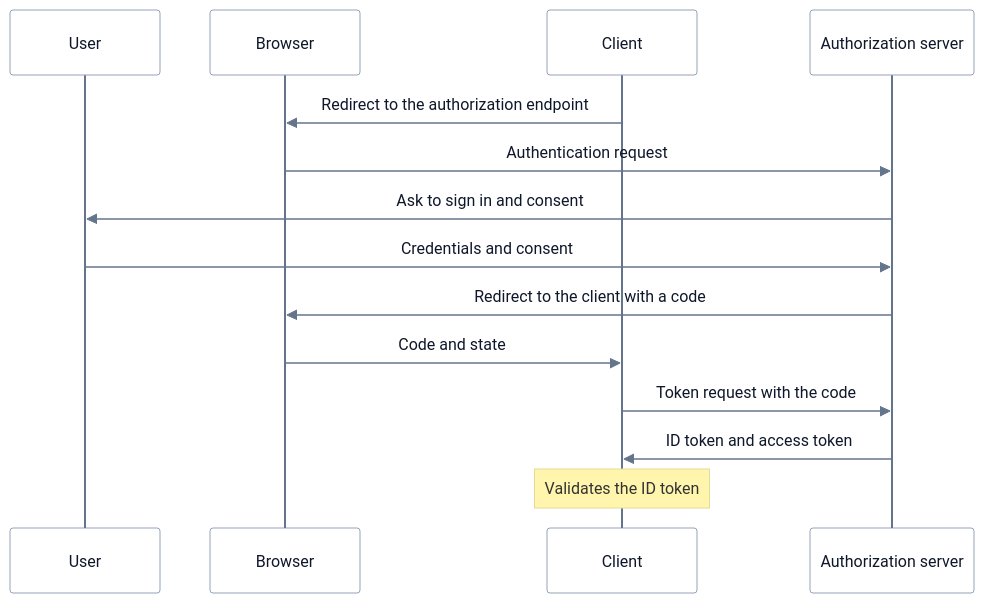
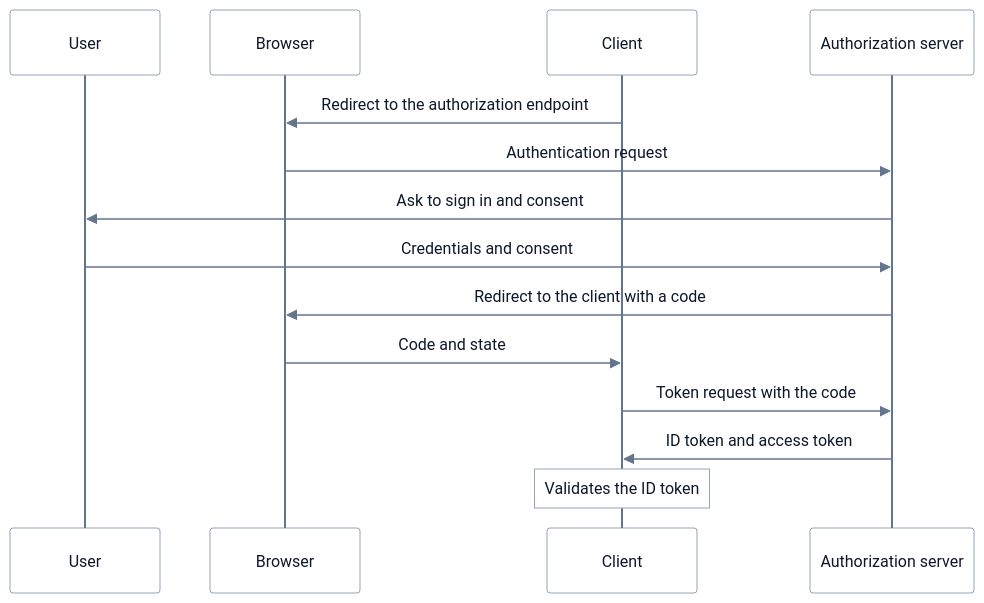
One commit to hyperi-io/merrow changed the diagram in docs/examples/oidc-login/login.md. Above: the diagram before and after it, drawn with Mermaid. The commit also changed 39 other files, not shown here.

First line of the commit message:
fix(merrow): fix dark theme icons and diagrams

````diff
--- a/docs/examples/oidc-login/login.md
+++ b/docs/examples/oidc-login/login.md
@@ -7,35 +7,38 @@
 ```mermaid
 ---
 config:
   theme: base
   fontFamily: Inter, -apple-system, Segoe UI, Roboto, Helvetica, Arial, sans-serif
   themeVariables:
     fontSize: 15px
     lineColor: "#64748B"
     primaryTextColor: "#0F172A"
     actorBkg: "#FFFFFF"
     actorBorder: "#94A3B8"
     actorTextColor: "#0F172A"
     actorLineColor: "#64748B"
     signalColor: "#64748B"
     signalTextColor: "#0F172A"
+    noteBkgColor: "#FFFFFF"
+    noteBorderColor: "#94A3B8"
+    noteTextColor: "#0F172A"
   themeCSS: >-
     .messageText{paint-order:stroke;stroke:#FFFFFF;stroke-width:3px;stroke-linejoin:round}
 ---
 sequenceDiagram
     accTitle: L4 Detail -- OpenID Connect authorization code login
     accDescr: The client redirects the user's browser to the authorization server. The user signs in and consents, and the server redirects the browser back to the client with an authorization code. The client sends the code to the token endpoint and receives an ID token and an access token, then validates the ID token.
     participant user as User
     participant browser as Browser
     participant client as Client
     participant auth as Authorization server
     client->>browser: Redirect to the authorization endpoint
     browser->>auth: Authentication request
     auth->>user: Ask to sign in and consent
     user->>auth: Credentials and consent
     auth->>browser: Redirect to the client with a code
     browser->>client: Code and state
     client->>auth: Token request with the code
     auth->>client: ID token and access token
     Note over client: Validates the ID token
 ```
````
